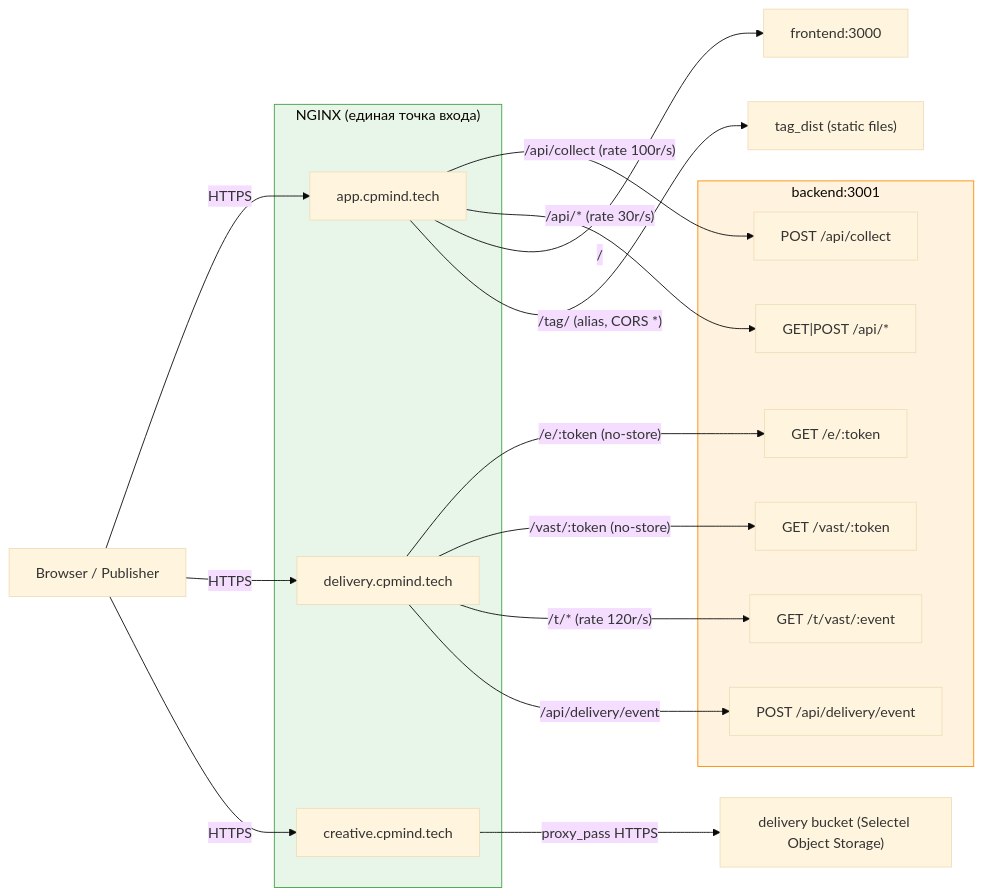
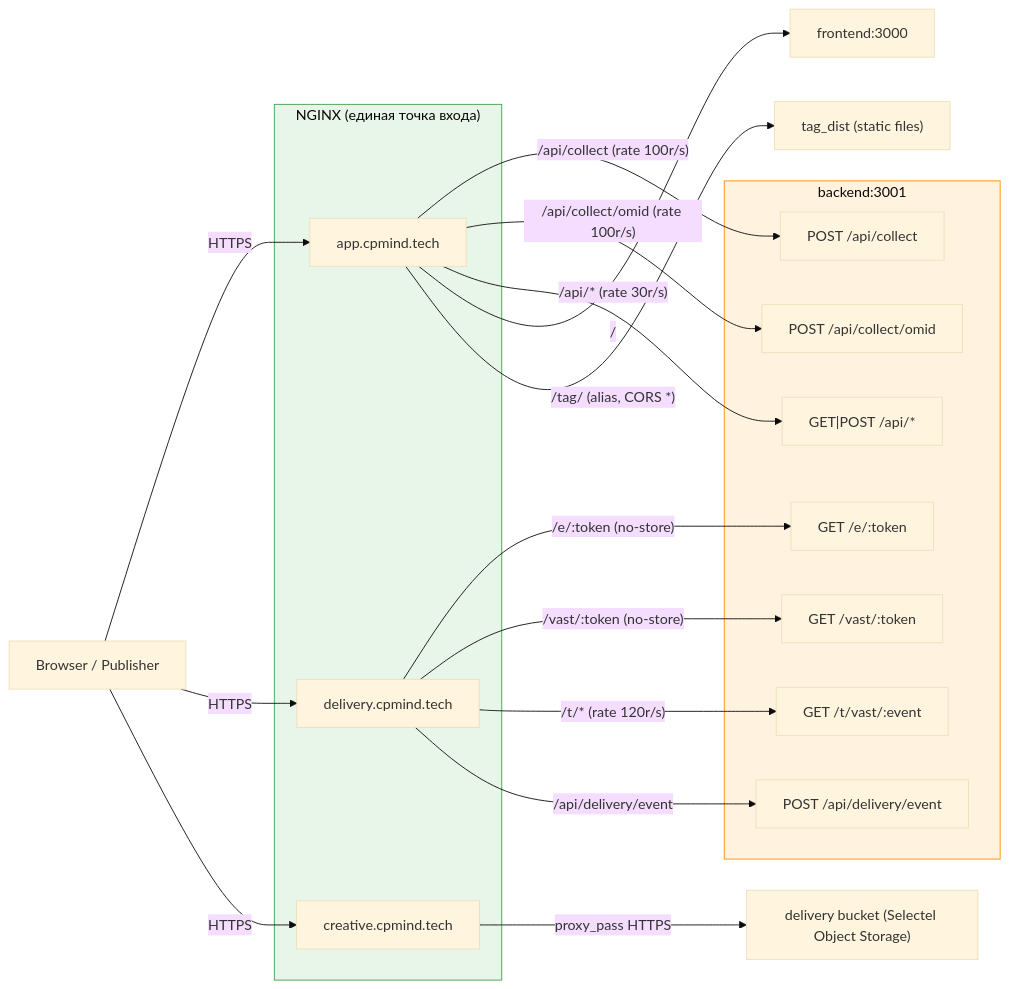
Before and after one commit to StepanCyberPsy/CPMind-core: the third of 13 diagrams in docs/ARCHITECTURE.md, drawn with Mermaid (base theme). The commit also changed other lines of this file and 14 other files, not shown here.

````diff
--- a/docs/ARCHITECTURE.md
+++ b/docs/ARCHITECTURE.md
@@ -205,42 +213,44 @@
 ```mermaid
 graph LR
     client["Browser / Publisher"]
 
     subgraph nginx["NGINX (единая точка входа)"]
         d_app["app.cpmind.tech"]
         d_delivery["delivery.cpmind.tech"]
         d_creative["creative.cpmind.tech"]
     end
 
     subgraph backend_svc["backend:3001"]
         api_collect["POST /api/collect"]
+        api_collect_omid["POST /api/collect/omid"]
         api_rest["GET|POST /api/*"]
         api_embed["GET /e/:token"]
         api_vast["GET /vast/:token"]
         api_track["GET /t/vast/:event"]
         api_delivery_evt["POST /api/delivery/event"]
     end
 
     frontend_svc["frontend:3000"]
     tag_static["tag_dist (static files)"]
     ycs_delivery["delivery bucket (Selectel Object Storage)"]
 
     client -->|HTTPS| d_app
     client -->|HTTPS| d_delivery
     client -->|HTTPS| d_creative
 
     d_app -->|"/api/collect (rate 100r/s)"| api_collect
+    d_app -->|"/api/collect/omid (rate 100r/s)"| api_collect_omid
     d_app -->|"/api/* (rate 30r/s)"| api_rest
     d_app -->|"/"| frontend_svc
     d_app -->|"/tag/ (alias, CORS *)"| tag_static
 
     d_delivery -->|"/e/:token (no-store)"| api_embed
     d_delivery -->|"/vast/:token (no-store)"| api_vast
     d_delivery -->|"/t/* (rate 120r/s)"| api_track
     d_delivery -->|"/api/delivery/event"| api_delivery_evt
 
     d_creative -->|"proxy_pass HTTPS"| ycs_delivery
 
     style nginx fill:#e8f5e9,stroke:#43a047
     style backend_svc fill:#fff3e0,stroke:#fb8c00
 ```
````
